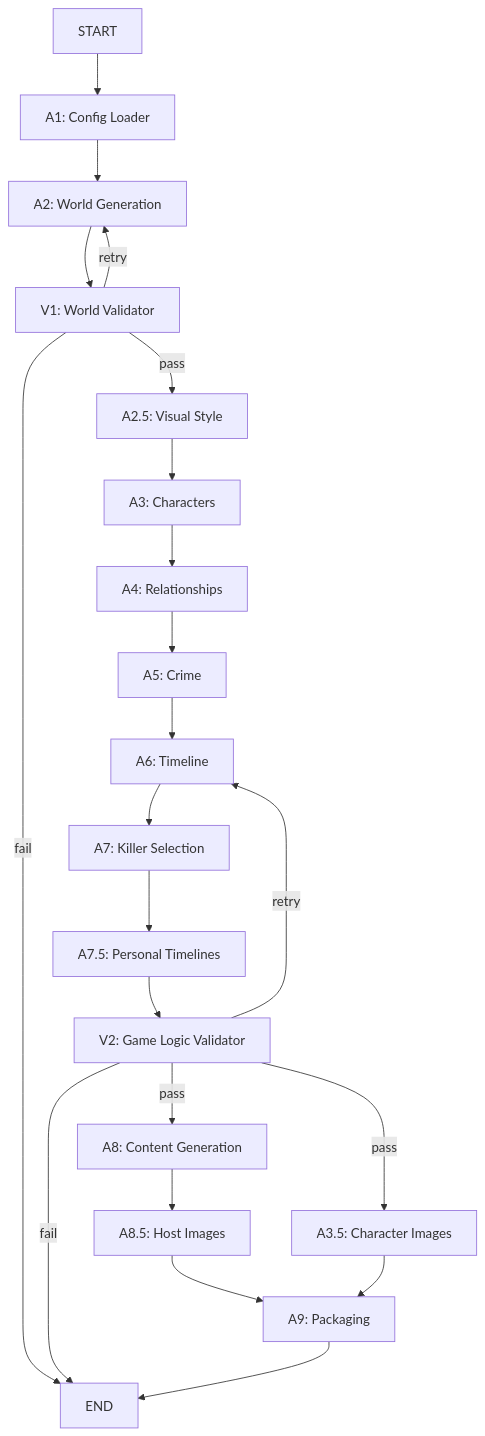
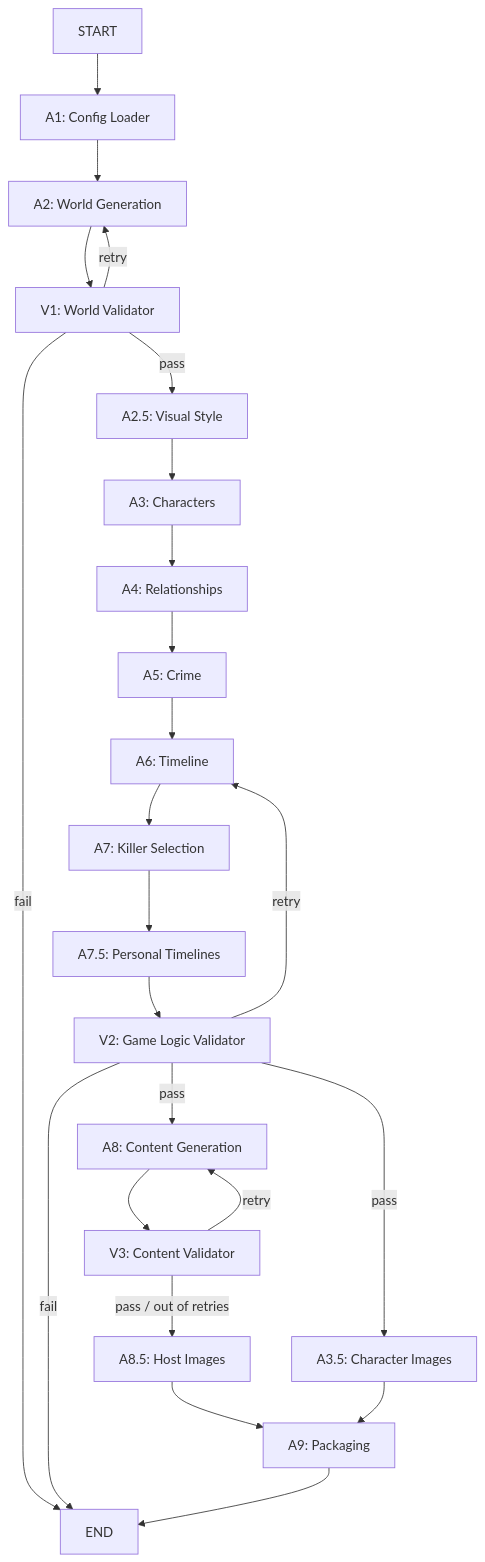
Before and after one commit to juanje/mystery-agents: the diagram in docs/DEVELOPER_GUIDE.md, drawn with Mermaid. The commit also changed other lines of this file and 6 other files, not shown here.

First line of the commit message:
feat: review written content with a V3 validator before packaging

````diff
--- a/docs/DEVELOPER_GUIDE.md
+++ b/docs/DEVELOPER_GUIDE.md
@@ -87,24 +89,26 @@
 ```mermaid
 graph TD
     START --> A1[A1: Config Loader]
     A1 --> A2[A2: World Generation]
     A2 --> V1[V1: World Validator]
     V1 -->|pass| A2_5[A2.5: Visual Style]
     V1 -->|retry| A2
     V1 -->|fail| END
     A2_5 --> A3[A3: Characters]
     A3 --> A4[A4: Relationships]
     A4 --> A5[A5: Crime]
     A5 --> A6[A6: Timeline]
     A6 --> A7[A7: Killer Selection]
     A7 --> A7_5[A7.5: Personal Timelines]
     A7_5 --> V2[V2: Game Logic Validator]
     V2 -->|pass| A8[A8: Content Generation]
     V2 -->|pass| A3_5[A3.5: Character Images]
     V2 -->|retry| A6
     V2 -->|fail| END
-    A8 --> A8_5[A8.5: Host Images]
+    A8 --> V3[V3: Content Validator]
+    V3 -->|pass / out of retries| A8_5[A8.5: Host Images]
+    V3 -->|retry| A8
     A8_5 --> A9[A9: Packaging]
     A3_5 --> A9
     A9 --> END
 ```
````
